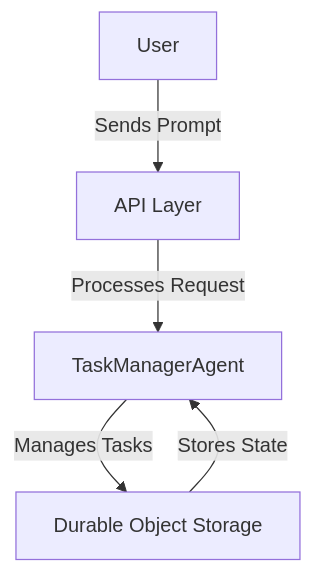
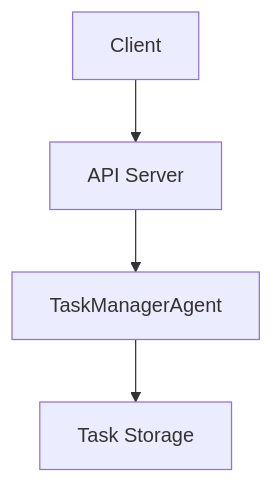
Before and after one commit to reeawnc/cloudflare: the first of 3 diagrams in apps/agent-task-manager/README.md, drawn with Mermaid. The commit also changed other lines of this file and 18 other files, not shown here.

````diff
--- a/apps/agent-task-manager/README.md
+++ b/apps/agent-task-manager/README.md
@@ -113,7 +85,6 @@
 ```mermaid
 graph TD;
-    A[User] -->|Sends Prompt| B[API Layer];
-    B -->|Processes Request| C[TaskManagerAgent];
-    C -->|Manages Tasks| D[Durable Object Storage];
-    D -->|Stores State| C;
+    A[Client] --> B[API Server];
+    B --> C[TaskManagerAgent];
+    C --> D[Task Storage];
 ```
````
